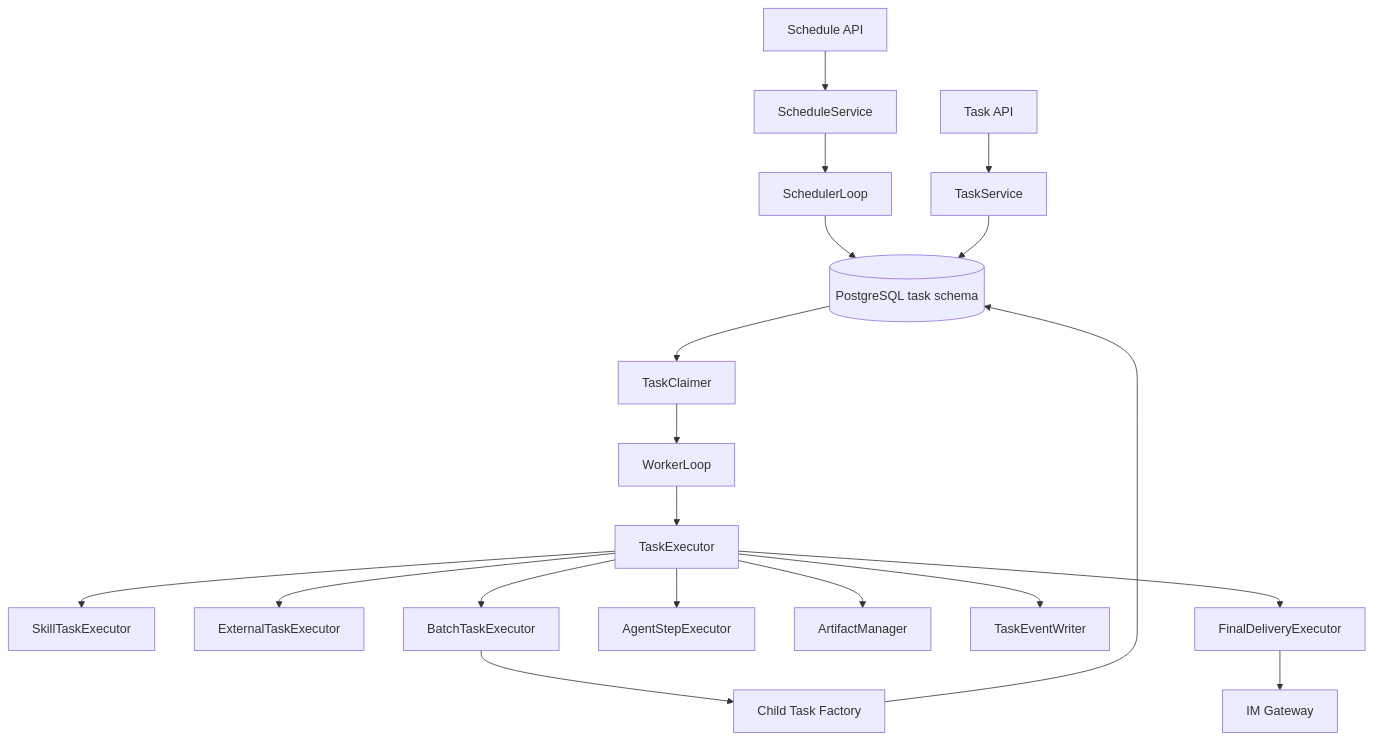
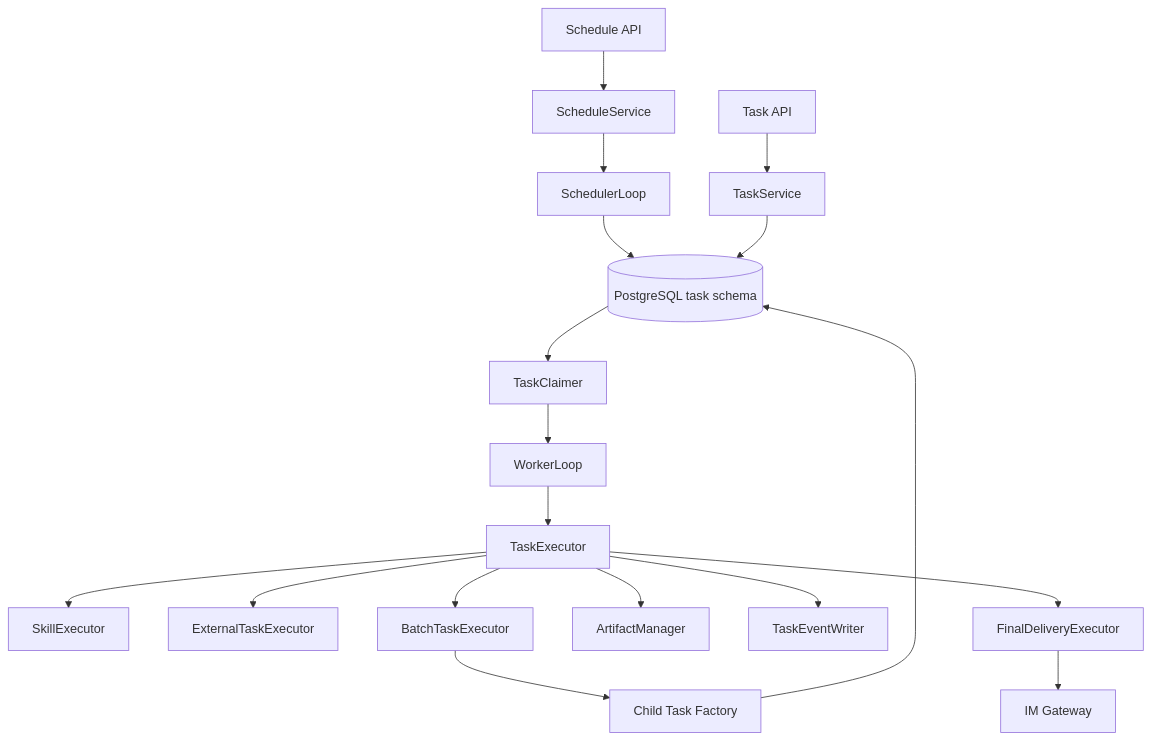
The second of 2 diagrams in docs/10-Agent-Worker与异步任务详细设计.md (Michaelxwb/fluxion-harness), drawn with Mermaid before and after one commit. The commit also changed other lines of this file and 55 other files, not shown here.

````diff
--- a/docs/10-Agent-Worker与异步任务详细设计.md
+++ b/docs/10-Agent-Worker与异步任务详细设计.md
@@ -56,26 +56,25 @@
 ```mermaid
 flowchart TB
     API[Task API] --> TS[TaskService]
     SAPI[Schedule API] --> SS[ScheduleService]
 
     SS --> SCH[SchedulerLoop]
     SCH --> DB[(PostgreSQL task schema)]
 
     TS --> DB
     DB --> CLAIM[TaskClaimer]
     CLAIM --> WL[WorkerLoop]
     WL --> EXEC[TaskExecutor]
 
-    EXEC --> SK[SkillTaskExecutor]
+    EXEC --> SK[SkillExecutor]
     EXEC --> EX[ExternalTaskExecutor]
     EXEC --> BA[BatchTaskExecutor]
-    EXEC --> AG[AgentStepExecutor]
 
     BA --> CHILD[Child Task Factory]
     CHILD --> DB
 
     EXEC --> ART[ArtifactManager]
     EXEC --> EVT[TaskEventWriter]
     EXEC --> DEL[FinalDeliveryExecutor]
     DEL --> IG[IM Gateway]
 ```
````
